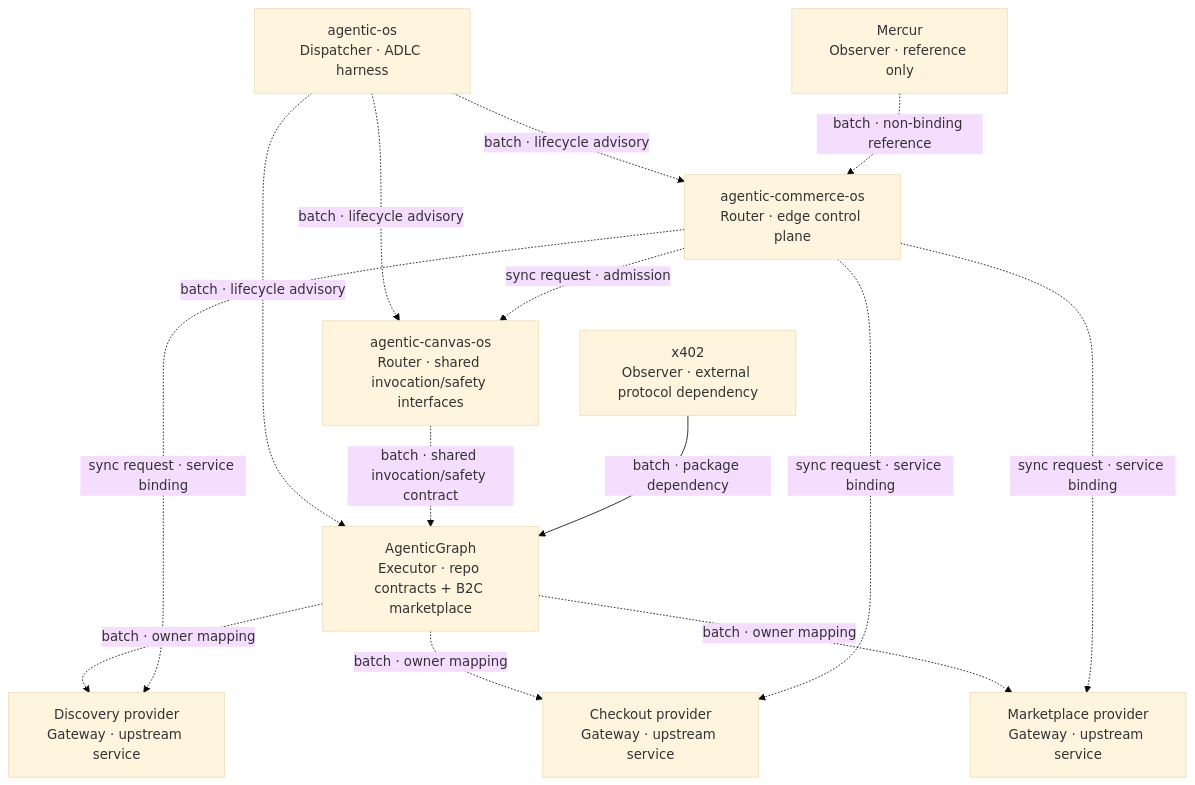
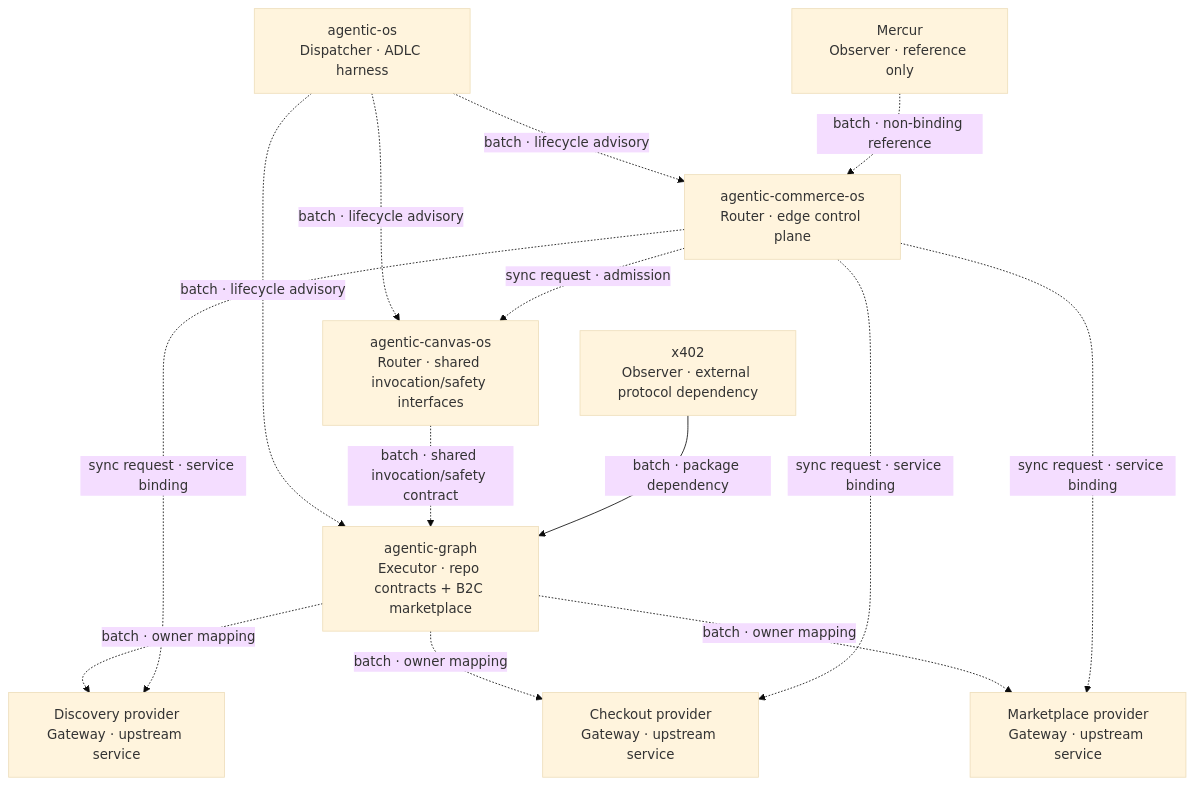
Before and after one commit to huijoohwee/agentic-os: the first of 3 diagrams in guides/COMPOSITION-ARCHITECTURE.md, drawn with Mermaid (base theme). The commit also changed other lines of this file and 6 other files, not shown here.

````diff
--- a/guides/COMPOSITION-ARCHITECTURE.md
+++ b/guides/COMPOSITION-ARCHITECTURE.md
@@ -111,26 +189,26 @@
 ```mermaid
 flowchart TB
     AOS["agentic-os<br/>Dispatcher · ADLC harness"]
     CANVAS["agentic-canvas-os<br/>Router · shared invocation/safety interfaces"]
-    AG["AgenticGraph<br/>Executor · repo contracts + B2C marketplace"]
+    AG["agentic-graph<br/>Executor · repo contracts + B2C marketplace"]
     COMMERCE["agentic-commerce-os<br/>Router · edge control plane"]
     DISCOVERY["Discovery provider<br/>Gateway · upstream service"]
     CHECKOUT["Checkout provider<br/>Gateway · upstream service"]
     MARKET["Marketplace provider<br/>Gateway · upstream service"]
     MERCUR["Mercur<br/>Observer · reference only"]
     X402["x402<br/>Observer · external protocol dependency"]
 
     AOS -.->|"batch · lifecycle advisory"| CANVAS
     AOS -.->|"batch · lifecycle advisory"| AG
     AOS -.->|"batch · lifecycle advisory"| COMMERCE
     CANVAS -.->|"batch · shared invocation/safety contract"| AG
     COMMERCE -.->|"sync request · admission"| CANVAS
     AG -.->|"batch · owner mapping"| DISCOVERY
     AG -.->|"batch · owner mapping"| CHECKOUT
     AG -.->|"batch · owner mapping"| MARKET
     COMMERCE -.->|"sync request · service binding"| DISCOVERY
     COMMERCE -.->|"sync request · service binding"| CHECKOUT
     COMMERCE -.->|"sync request · service binding"| MARKET
     MERCUR -.->|"batch · non-binding reference"| COMMERCE
     X402 -->|"batch · package dependency"| AG
 ```
````
